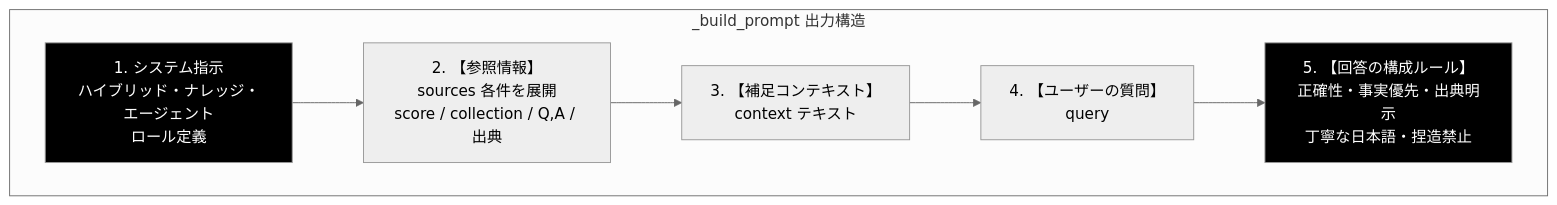
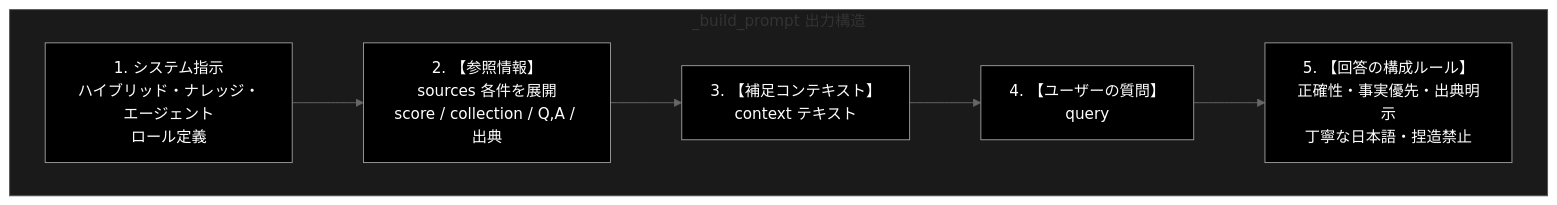
One commit to nakashima2toshio/anthropic_grace_agent changed the fourth of 6 diagrams in grace/doc/reasoning.md. Above: the diagram before and after it, drawn with Mermaid (neutral theme). The commit also changed other lines of this file and 18 other files, not shown here.

````diff
--- a/grace/doc/reasoning.md
+++ b/grace/doc/reasoning.md
@@ -366,15 +407,19 @@
 ```mermaid
 flowchart TB
     subgraph PROMPT["_build_prompt 出力構造"]
         P1["1. システム指示<br>ハイブリッド・ナレッジ・エージェント<br>ロール定義"]
         P2["2. 【参照情報】<br>sources 各件を展開<br>score / collection / Q,A / 出典"]
         P3["3. 【補足コンテキスト】<br>context テキスト"]
         P4["4. 【ユーザーの質問】<br>query"]
         P5["5. 【回答の構成ルール】<br>正確性・事実優先・出典明示<br>丁寧な日本語・捏造禁止"]
     end
 
     P1 --> P2 --> P3 --> P4 --> P5
 
     style P1 fill:#000,color:#fff
+    style P2 fill:#000,color:#fff
+    style P3 fill:#000,color:#fff
+    style P4 fill:#000,color:#fff
     style P5 fill:#000,color:#fff
+    style PROMPT fill:#1a1a1a,stroke:#555
 ```
````
